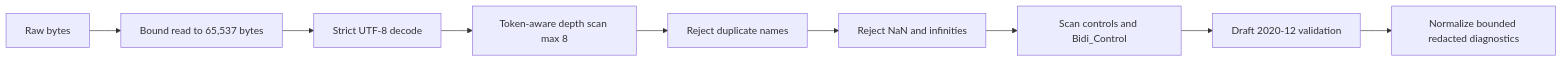
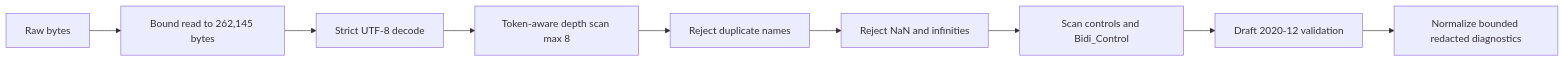
Before and after one commit to ryannmicua/arjim: the second of 2 diagrams in docs/plans/2026-08-01-001-feat-workstream-registration-discovery-plan.md, drawn with Mermaid. The commit also changed other lines of this file and 4 other files, not shown here.

````diff
--- a/docs/plans/2026-08-01-001-feat-workstream-registration-discovery-plan.md
+++ b/docs/plans/2026-08-01-001-feat-workstream-registration-discovery-plan.md
@@ -223,11 +221,11 @@
 ```mermaid
 flowchart LR
-    B[Raw bytes] --> C1[Bound read to 65,537 bytes]
+    B[Raw bytes] --> C1[Bound read to 262,145 bytes]
     C1 --> C2[Strict UTF-8 decode]
     C2 --> C3[Token-aware depth scan max 8]
     C3 --> C4[Reject duplicate names]
     C4 --> C5[Reject NaN and infinities]
     C5 --> C6[Scan controls and Bidi_Control]
     C6 --> V[Draft 2020-12 validation]
     V --> N[Normalize bounded redacted diagnostics]
 ```
````
